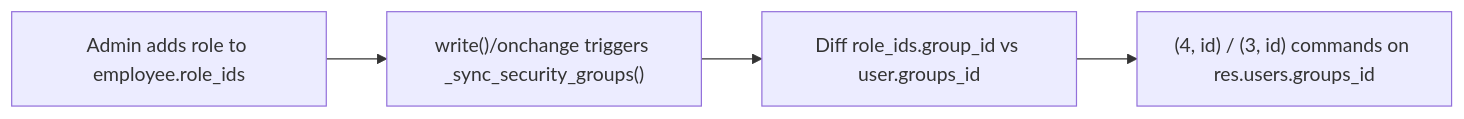
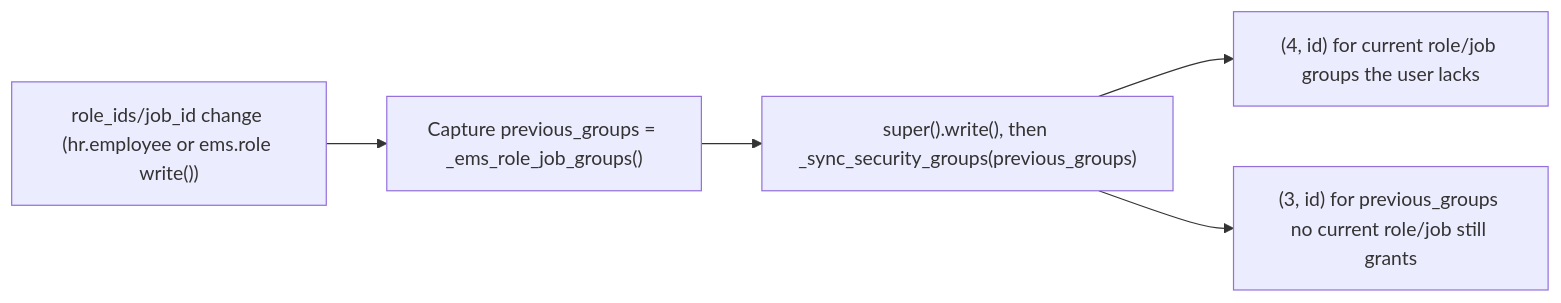
The third of 7 diagrams in docs/en/developers/employees/role_hierarchy.md (ElPuig/EMS), drawn with Mermaid before and after one commit. The commit also changed other lines of this file and 125 other files, not shown here.

````diff
--- a/docs/en/developers/employees/role_hierarchy.md
+++ b/docs/en/developers/employees/role_hierarchy.md
@@ -67,6 +67,7 @@
 ```mermaid
 flowchart LR
-    A["Admin adds role to employee.role_ids"] --> B["write()/onchange triggers _sync_security_groups()"]
-    B --> C["Diff role_ids.group_id vs user.groups_id"]
-    C --> D["(4, id) / (3, id) commands on res.users.groups_id"]
+    A["role_ids/job_id change (hr.employee or ems.role write())"] --> P["Capture previous_groups = _ems_role_job_groups()"]
+    P --> B["super().write(), then _sync_security_groups(previous_groups)"]
+    B --> C["(4, id) for current role/job groups the user lacks"]
+    B --> D["(3, id) for previous_groups no current role/job still grants"]
 ```
````
